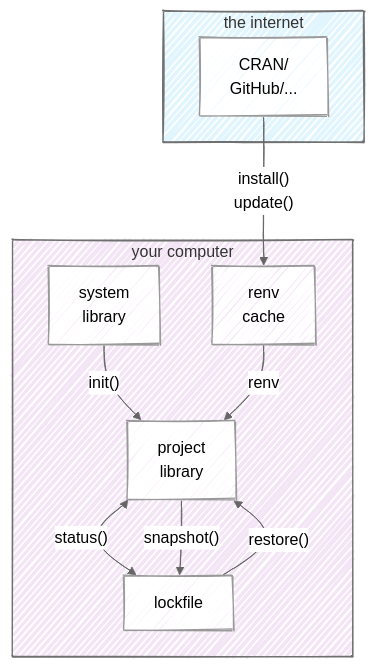
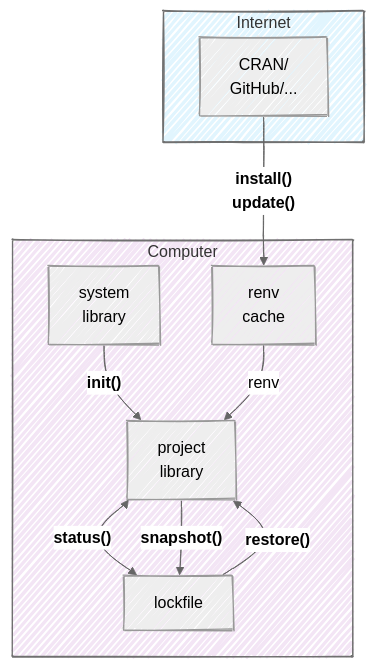
One commit to mjfrigaard/do4ds-labs changed the first of 2 diagrams in lab1.qmd. Above: the diagram before and after it, drawn with Mermaid. The commit also changed other lines of this file and 34 other files, not shown here.

Commit message:
updates to mermaid

````diff
--- a/lab1.qmd
+++ b/lab1.qmd
@@ -161,43 +161,43 @@
 ```{mermaid}
 %%| fig-cap: 'renv'
 %%| fig-align: center
 %%{init: {'theme': 'neutral', 'look': 'handDrawn', 'themeVariables': { 'fontFamily': 'monospace', "fontSize":"16px"}}}%%
+
 flowchart TD
     %% External sources
     CRAN["CRAN/<br/>GitHub/..."]
     
     %% Local components
     SysLib["system<br/>library"]
     ProjLib["project<br/>library"]
     RenvCache["renv<br/>cache"]
     Lockfile["lockfile"]
     
     %% Subgraph for "your computer" vs "the internet"
-    subgraph Internet ["the internet"]
+    subgraph Internet ["Internet"]
         CRAN
     end
     
-    subgraph Computer ["your computer"]
+    subgraph Computer ["Computer"]
         SysLib
         ProjLib
         RenvCache
         Lockfile
     end
     
     %% Connections with function labels
-    SysLib -->|"init()"| ProjLib
+    SysLib -->|"<strong>init()<strong>"| ProjLib
     
-    CRAN -->|"install()<br/>update()"| RenvCache
+    CRAN -->|"<strong>install()</strong><br/><strong>update()</strong>"| RenvCache
     RenvCache -->|"renv"| ProjLib
     
-    ProjLib <-->|"status()"| Lockfile
-    ProjLib -->|"snapshot()"| Lockfile
-    Lockfile -->|"restore()"| ProjLib
+    ProjLib <-->|"<strong>status()</strong>"| Lockfile
+    ProjLib -->|"<strong>snapshot()</strong>"| Lockfile
+    Lockfile -->|"<strong>restore()</strong>"| ProjLib
     
     %% Styling
     style Internet fill:#e1f5fe
     style Computer fill:#f3e5f5
     
-    classDef component fill:#fff
-    class SysLib,ProjLib,RenvCache,Lockfile,CRAN component
+    
 ```
````
